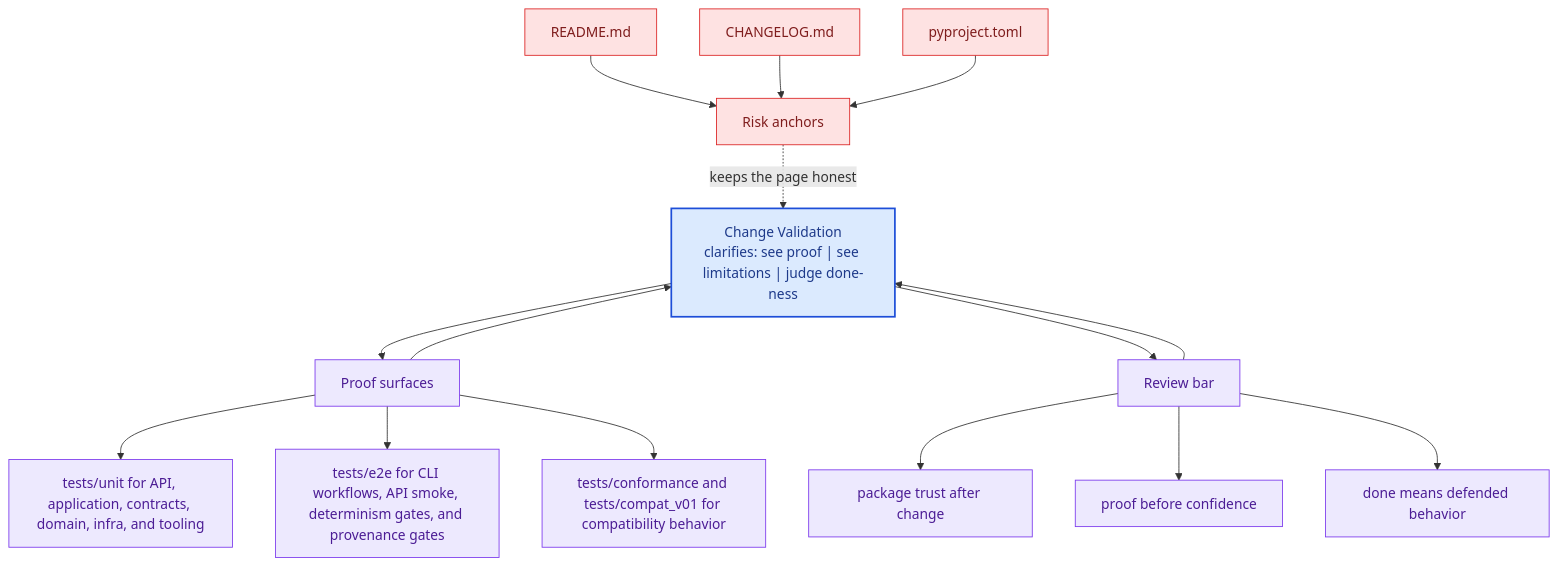
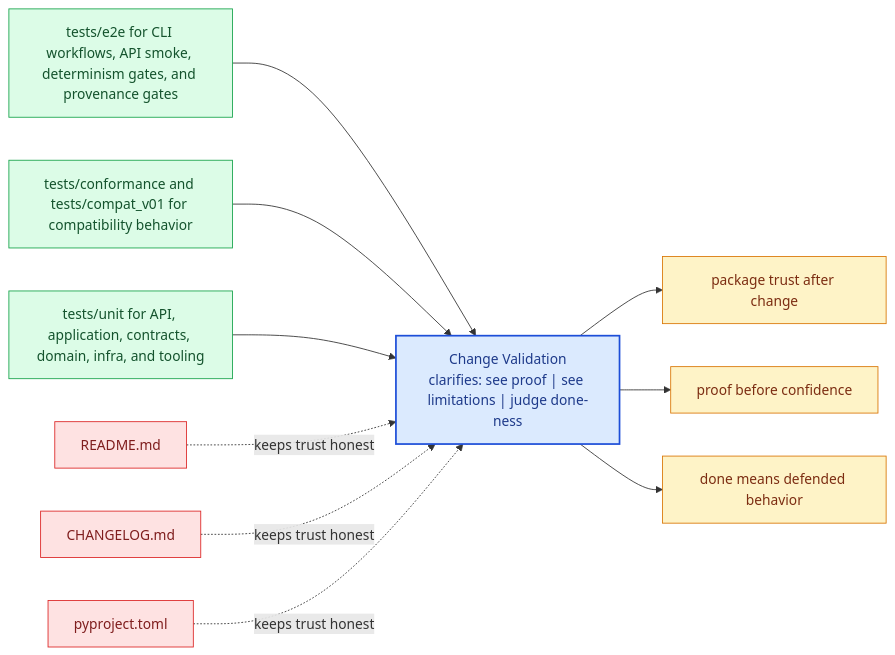
One commit to bijux/bijux-canon changed the diagram in docs/bijux-canon-index/quality/change-validation.md. Above: the diagram before and after it, drawn with Mermaid. The commit also changed other lines of this file and 281 other files, not shown here.

Commit message:
docs(diagrams): replace repeated mermaid scaffolds with page-specific summaries

````diff
--- a/docs/bijux-canon-index/quality/change-validation.md
+++ b/docs/bijux-canon-index/quality/change-validation.md
@@ -66,41 +21,31 @@
 ```mermaid
-flowchart TB
-    promise["Change Validation<br/>clarifies: see proof | see limitations | judge done-ness"]
-    classDef promise fill:#dbeafe,stroke:#1d4ed8,color:#1e3a8a,stroke-width:2px;
-    classDef driver fill:#dcfce7,stroke:#16a34a,color:#14532d;
-    classDef constraint fill:#fee2e2,stroke:#dc2626,color:#7f1d1d;
-    classDef ground fill:#ede9fe,stroke:#7c3aed,color:#4c1d95;
-    focus1["Proof surfaces"]
-    focus1 --> promise
-    promise --> focus1
-    focus1_1["tests/unit for API, application, contracts, domain, infra, and tooling"]
-    focus1 --> focus1_1
-    focus1_2["tests/e2e for CLI workflows, API smoke, determinism gates, and provenance gates"]
-    focus1 --> focus1_2
-    focus1_3["tests/conformance and tests/compat_v01 for compatibility behavior"]
-    focus1 --> focus1_3
-    class focus1 ground;
-    class focus1_1,focus1_2,focus1_3 ground;
-    focus2["Risk anchors"]
-    focus2 -.keeps the page honest.-> promise
-    focus2_1["README.md"]
-    focus2_1 --> focus2
-    focus2_2["CHANGELOG.md"]
-    focus2_2 --> focus2
-    focus2_3["pyproject.toml"]
-    focus2_3 --> focus2
-    class focus2 constraint;
-    class focus2_1,focus2_2,focus2_3 constraint;
-    focus3["Review bar"]
-    focus3 --> promise
-    promise --> focus3
-    focus3_1["package trust after change"]
-    focus3 --> focus3_1
-    focus3_2["proof before confidence"]
-    focus3 --> focus3_2
-    focus3_3["done means defended behavior"]
-    focus3 --> focus3_3
-    class focus3 ground;
-    class focus3_1,focus3_2,focus3_3 ground;
-    class promise promise;
+flowchart LR
+    page["Change Validation<br/>clarifies: see proof | see limitations | judge done-ness"]
+    classDef page fill:#dbeafe,stroke:#1d4ed8,color:#1e3a8a,stroke-width:2px;
+    classDef positive fill:#dcfce7,stroke:#16a34a,color:#14532d;
+    classDef caution fill:#fee2e2,stroke:#dc2626,color:#7f1d1d;
+    classDef anchor fill:#ede9fe,stroke:#7c3aed,color:#4c1d95;
+    classDef action fill:#fef3c7,stroke:#d97706,color:#7c2d12;
+    proof1["tests/e2e for CLI workflows, API smoke, determinism gates, and provenance gates"]
+    proof1 --> page
+    proof2["tests/conformance and tests/compat_v01 for compatibility behavior"]
+    proof2 --> page
+    proof3["tests/unit for API, application, contracts, domain, infra, and tooling"]
+    proof3 --> page
+    risk1["README.md"]
+    risk1 -.keeps trust honest.-> page
+    risk2["CHANGELOG.md"]
+    risk2 -.keeps trust honest.-> page
+    risk3["pyproject.toml"]
+    risk3 -.keeps trust honest.-> page
+    bar1["package trust after change"]
+    page --> bar1
+    bar2["proof before confidence"]
+    page --> bar2
+    bar3["done means defended behavior"]
+    page --> bar3
+    class page page;
+    class proof1,proof2,proof3 positive;
+    class risk1,risk2,risk3 caution;
+    class bar1,bar2,bar3 action;
 ```
````
